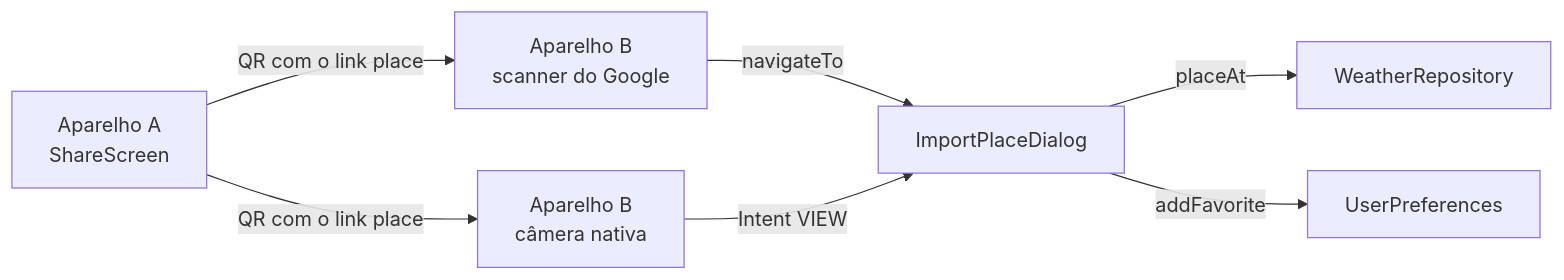
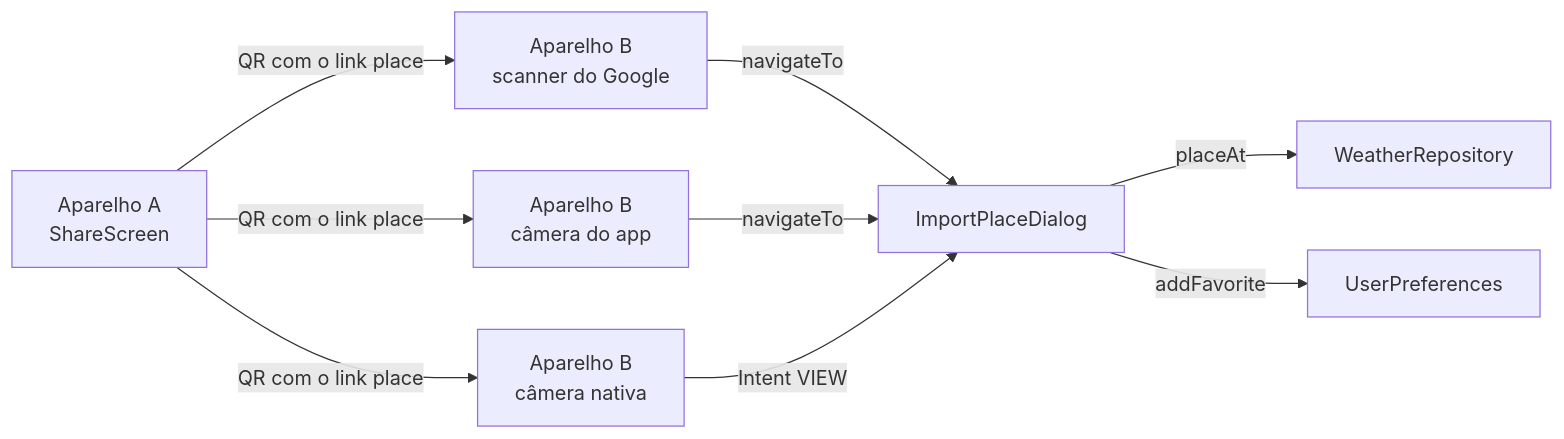
One commit to rogerbertan/weatherfish changed the third of 3 diagrams in docs/architecture.md. Above: the diagram before and after it, drawn with Mermaid. The commit also changed other lines of this file and 2 other files, not shown here.

Commit message:
docs: document the in-app camera scanner

````diff
--- a/docs/architecture.md
+++ b/docs/architecture.md
@@ -70,9 +70,11 @@
 ```mermaid
 flowchart LR
     A["Aparelho A<br/>ShareScreen"] -->|QR com o link place| Scan["Aparelho B<br/>scanner do Google"]
+    A -->|QR com o link place| AppCam["Aparelho B<br/>câmera do app"]
     A -->|QR com o link place| Cam["Aparelho B<br/>câmera nativa"]
     Scan -->|navigateTo| Dialog["ImportPlaceDialog"]
+    AppCam -->|navigateTo| Dialog
     Cam -->|Intent VIEW| Dialog
     Dialog -->|placeAt| Repo["WeatherRepository"]
     Dialog -->|addFavorite| Prefs["UserPreferences"]
 ```
````
